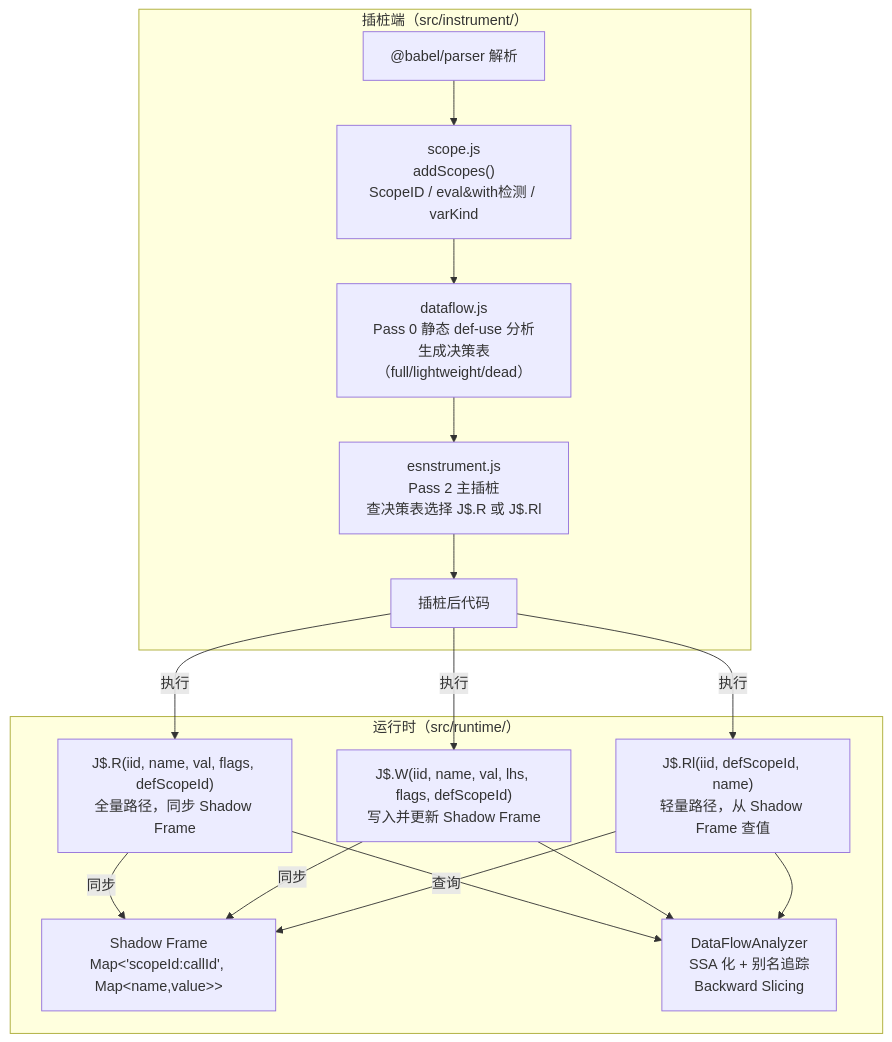
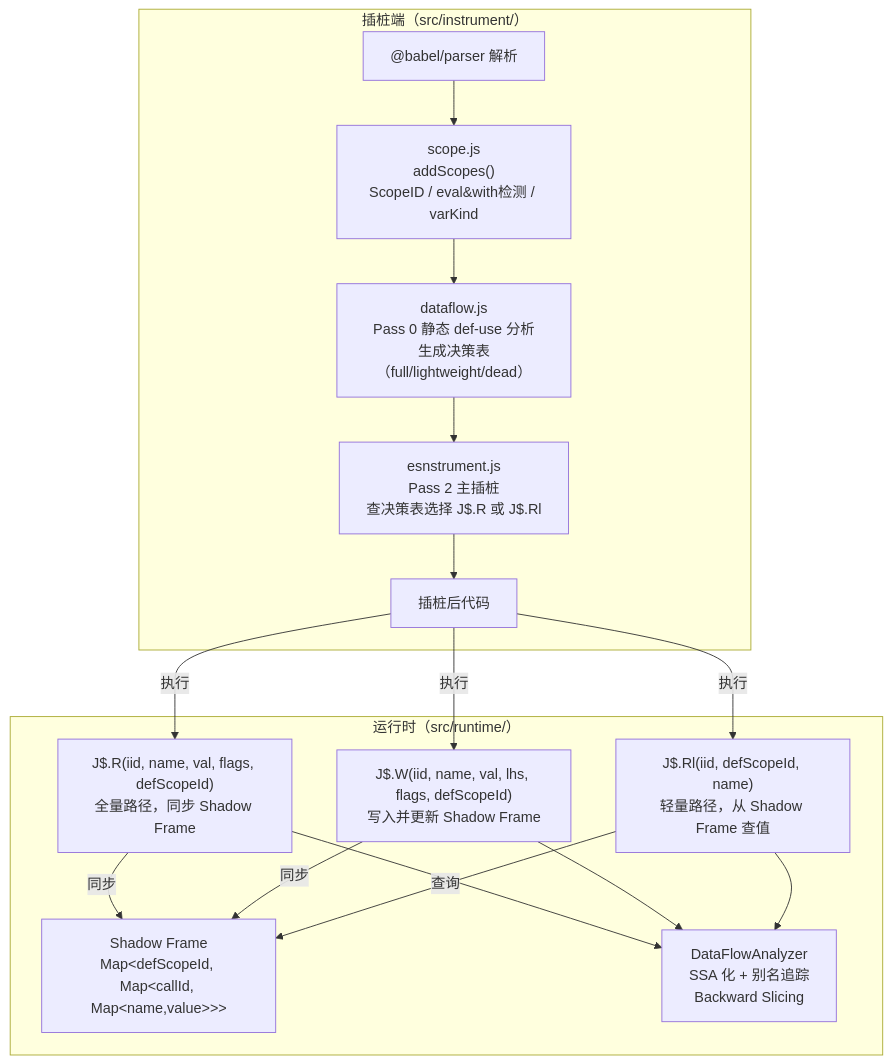
Before and after one commit to fuckreverse/Jani: the first of 3 diagrams in docs/Scope-Aware-Instrumentation.md, drawn with Mermaid. The commit also changed other lines of this file and 27 other files, not shown here.

````diff
--- a/docs/Scope-Aware-Instrumentation.md
+++ b/docs/Scope-Aware-Instrumentation.md
@@ -14,29 +14,29 @@
 ```mermaid
 flowchart TD
     subgraph Instrument["插桩端（src/instrument/）"]
         PARSE["@babel/parser 解析"]
         SCOPE["scope.js\naddScopes()\nScopeID / eval&with检测 / varKind"]
         DU["dataflow.js\nPass 0 静态 def-use 分析\n生成决策表（full/lightweight/dead）"]
         P2["esnstrument.js\nPass 2 主插桩\n查决策表选择 J$.R 或 J$.Rl"]
         OUT["插桩后代码"]
     end
 
     subgraph Runtime["运行时（src/runtime/）"]
         R["J$.R(iid, name, val, flags, defScopeId)\n全量路径，同步 Shadow Frame"]
         Rl["J$.Rl(iid, defScopeId, name)\n轻量路径，从 Shadow Frame 查值"]
         W_hook["J$.W(iid, name, val, lhs, flags, defScopeId)\n写入并更新 Shadow Frame"]
-        SF["Shadow Frame\nMap&lt;'scopeId:callId', Map&lt;name,value&gt;&gt;"]
+        SF["Shadow Frame\nMap&lt;defScopeId, Map&lt;callId, Map&lt;name,value&gt;&gt;&gt;"]
         DFA["DataFlowAnalyzer\nSSA 化 + 别名追踪\nBackward Slicing"]
     end
 
     PARSE --> SCOPE --> DU --> P2 --> OUT
     OUT -->|"执行"| R
     OUT -->|"执行"| Rl
     OUT -->|"执行"| W_hook
     R -->|"同步"| SF
     W_hook -->|"同步"| SF
     Rl -->|"查询"| SF
     R --> DFA
     W_hook --> DFA
     Rl --> DFA
 ```
````
